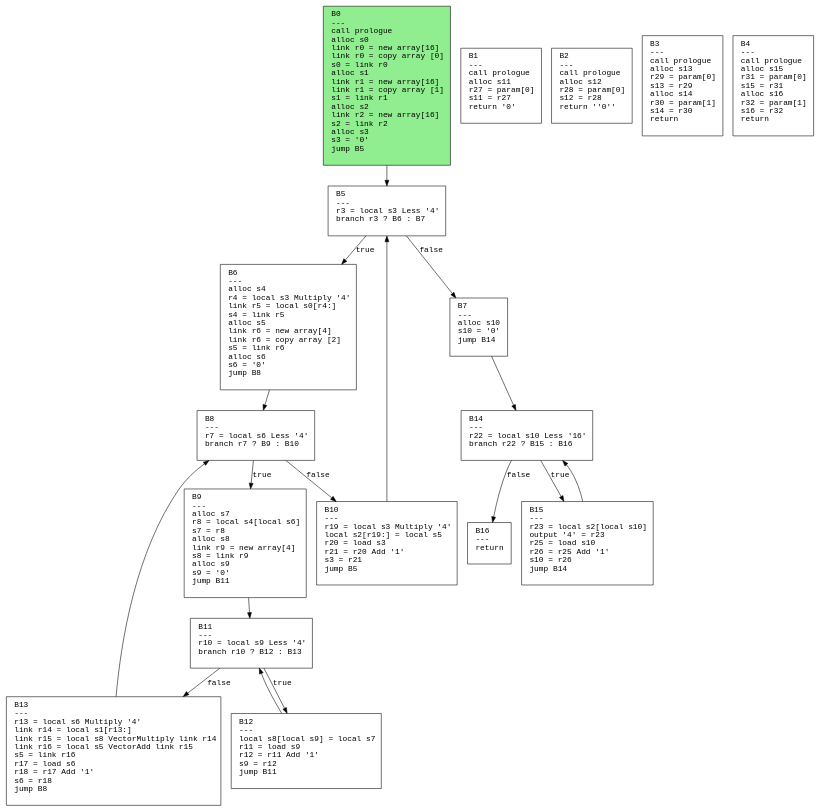
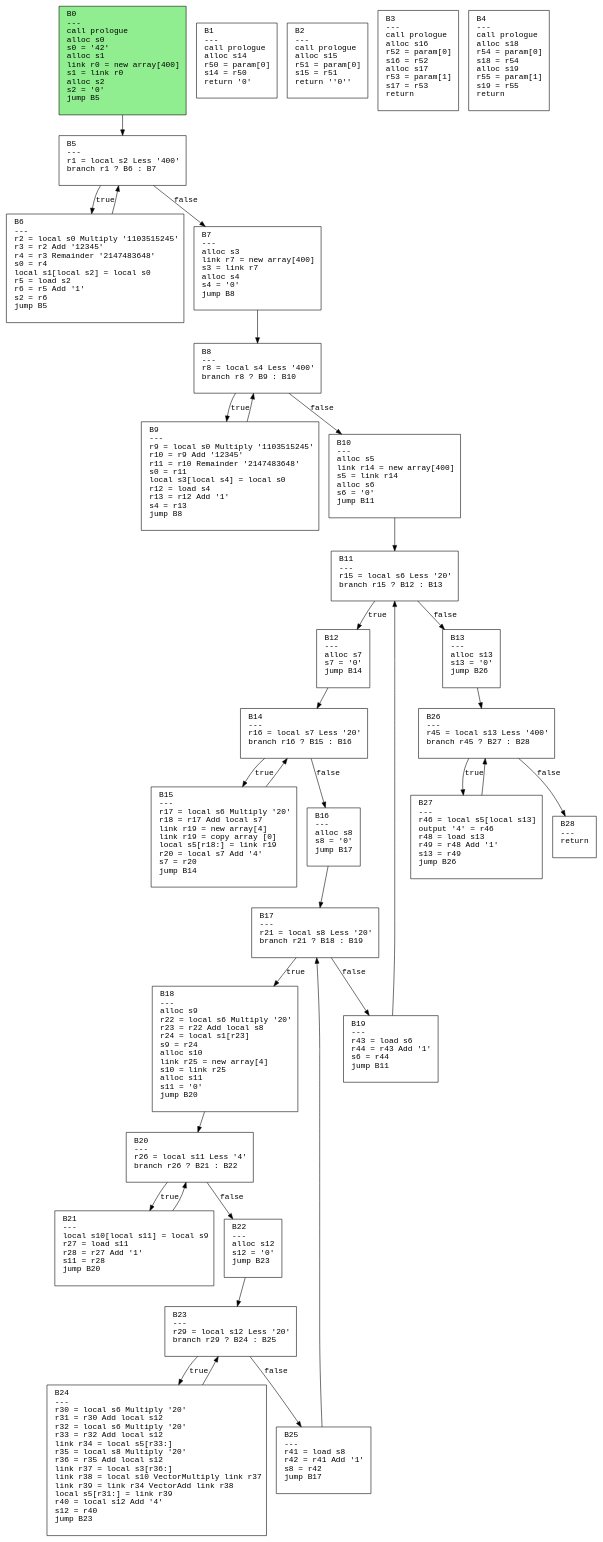
One commit to safarislava/ProcTranslator changed the diagram in output/matrix_simd.dot. Above: the diagram before and after it, drawn with Graphviz. The commit also changed 52 other files, not shown here.

```diff
--- a/output/matrix_simd.dot
+++ b/output/matrix_simd.dot
@@ -1,40 +1,68 @@
 digraph CFG {
   rankdir=TB;
   node [shape=box, fontname="Courier", style=filled, fillcolor=white, margin="0.2,0.1"];
   edge [fontname="Courier"];
 
-  "B0" [label="B0\l---\lcall prologue\lalloc s0\llink r0 = new array[16]\llink r0 = copy array [0]\ls0 = link r0\lalloc s1\llink r1 = new array[16]\llink r1 = copy array [1]\ls1 = link r1\lalloc s2\llink r2 = new array[16]\ls2 = link r2\lalloc s3\ls3 = '0'\ljump B5\l "];
-  "B1" [label="B1\l---\lcall prologue\lalloc s11\lr27 = param[0]\ls11 = r27\lreturn '0'\l "];
-  "B2" [label="B2\l---\lcall prologue\lalloc s12\lr28 = param[0]\ls12 = r28\lreturn ''0''\l "];
-  "B3" [label="B3\l---\lcall prologue\lalloc s13\lr29 = param[0]\ls13 = r29\lalloc s14\lr30 = param[1]\ls14 = r30\lreturn\l "];
-  "B4" [label="B4\l---\lcall prologue\lalloc s15\lr31 = param[0]\ls15 = r31\lalloc s16\lr32 = param[1]\ls16 = r32\lreturn\l "];
-  "B5" [label="B5\l---\lr3 = local s3 Less '4'\lbranch r3 ? B6 : B7\l "];
-  "B6" [label="B6\l---\lalloc s4\lr4 = local s3 Multiply '4'\llink r5 = local s0[r4:]\ls4 = link r5\lalloc s5\llink r6 = new array[4]\llink r6 = copy array [2]\ls5 = link r6\lalloc s6\ls6 = '0'\ljump B8\l "];
-  "B7" [label="B7\l---\lalloc s10\ls10 = '0'\ljump B14\l "];
-  "B8" [label="B8\l---\lr7 = local s6 Less '4'\lbranch r7 ? B9 : B10\l "];
-  "B9" [label="B9\l---\lalloc s7\lr8 = local s4[local s6]\ls7 = r8\lalloc s8\llink r9 = new array[4]\ls8 = link r9\lalloc s9\ls9 = '0'\ljump B11\l "];
-  "B10" [label="B10\l---\lr19 = local s3 Multiply '4'\llocal s2[r19:] = local s5\lr20 = load s3\lr21 = r20 Add '1'\ls3 = r21\ljump B5\l "];
-  "B11" [label="B11\l---\lr10 = local s9 Less '4'\lbranch r10 ? B12 : B13\l "];
-  "B12" [label="B12\l---\llocal s8[local s9] = local s7\lr11 = load s9\lr12 = r11 Add '1'\ls9 = r12\ljump B11\l "];
-  "B13" [label="B13\l---\lr13 = local s6 Multiply '4'\llink r14 = local s1[r13:]\llink r15 = local s8 VectorMultiply link r14\llink r16 = local s5 VectorAdd link r15\ls5 = link r16\lr17 = load s6\lr18 = r17 Add '1'\ls6 = r18\ljump B8\l "];
-  "B14" [label="B14\l---\lr22 = local s10 Less '16'\lbranch r22 ? B15 : B16\l "];
-  "B15" [label="B15\l---\lr23 = local s2[local s10]\loutput '4' = r23\lr25 = load s10\lr26 = r25 Add '1'\ls10 = r26\ljump B14\l "];
-  "B16" [label="B16\l---\lreturn\l "];
+  "B0" [label="B0\l---\lcall prologue\lalloc s0\ls0 = '42'\lalloc s1\llink r0 = new array[400]\ls1 = link r0\lalloc s2\ls2 = '0'\ljump B5\l "];
+  "B1" [label="B1\l---\lcall prologue\lalloc s14\lr50 = param[0]\ls14 = r50\lreturn '0'\l "];
+  "B2" [label="B2\l---\lcall prologue\lalloc s15\lr51 = param[0]\ls15 = r51\lreturn ''0''\l "];
+  "B3" [label="B3\l---\lcall prologue\lalloc s16\lr52 = param[0]\ls16 = r52\lalloc s17\lr53 = param[1]\ls17 = r53\lreturn\l "];
+  "B4" [label="B4\l---\lcall prologue\lalloc s18\lr54 = param[0]\ls18 = r54\lalloc s19\lr55 = param[1]\ls19 = r55\lreturn\l "];
+  "B5" [label="B5\l---\lr1 = local s2 Less '400'\lbranch r1 ? B6 : B7\l "];
+  "B6" [label="B6\l---\lr2 = local s0 Multiply '1103515245'\lr3 = r2 Add '12345'\lr4 = r3 Remainder '2147483648'\ls0 = r4\llocal s1[local s2] = local s0\lr5 = load s2\lr6 = r5 Add '1'\ls2 = r6\ljump B5\l "];
+  "B7" [label="B7\l---\lalloc s3\llink r7 = new array[400]\ls3 = link r7\lalloc s4\ls4 = '0'\ljump B8\l "];
+  "B8" [label="B8\l---\lr8 = local s4 Less '400'\lbranch r8 ? B9 : B10\l "];
+  "B9" [label="B9\l---\lr9 = local s0 Multiply '1103515245'\lr10 = r9 Add '12345'\lr11 = r10 Remainder '2147483648'\ls0 = r11\llocal s3[local s4] = local s0\lr12 = load s4\lr13 = r12 Add '1'\ls4 = r13\ljump B8\l "];
+  "B10" [label="B10\l---\lalloc s5\llink r14 = new array[400]\ls5 = link r14\lalloc s6\ls6 = '0'\ljump B11\l "];
+  "B11" [label="B11\l---\lr15 = local s6 Less '20'\lbranch r15 ? B12 : B13\l "];
+  "B12" [label="B12\l---\lalloc s7\ls7 = '0'\ljump B14\l "];
+  "B13" [label="B13\l---\lalloc s13\ls13 = '0'\ljump B26\l "];
+  "B14" [label="B14\l---\lr16 = local s7 Less '20'\lbranch r16 ? B15 : B16\l "];
+  "B15" [label="B15\l---\lr17 = local s6 Multiply '20'\lr18 = r17 Add local s7\llink r19 = new array[4]\llink r19 = copy array [0]\llocal s5[r18:] = link r19\lr20 = local s7 Add '4'\ls7 = r20\ljump B14\l "];
+  "B16" [label="B16\l---\lalloc s8\ls8 = '0'\ljump B17\l "];
+  "B17" [label="B17\l---\lr21 = local s8 Less '20'\lbranch r21 ? B18 : B19\l "];
+  "B18" [label="B18\l---\lalloc s9\lr22 = local s6 Multiply '20'\lr23 = r22 Add local s8\lr24 = local s1[r23]\ls9 = r24\lalloc s10\llink r25 = new array[4]\ls10 = link r25\lalloc s11\ls11 = '0'\ljump B20\l "];
+  "B19" [label="B19\l---\lr43 = load s6\lr44 = r43 Add '1'\ls6 = r44\ljump B11\l "];
+  "B20" [label="B20\l---\lr26 = local s11 Less '4'\lbranch r26 ? B21 : B22\l "];
+  "B21" [label="B21\l---\llocal s10[local s11] = local s9\lr27 = load s11\lr28 = r27 Add '1'\ls11 = r28\ljump B20\l "];
+  "B22" [label="B22\l---\lalloc s12\ls12 = '0'\ljump B23\l "];
+  "B23" [label="B23\l---\lr29 = local s12 Less '20'\lbranch r29 ? B24 : B25\l "];
+  "B24" [label="B24\l---\lr30 = local s6 Multiply '20'\lr31 = r30 Add local s12\lr32 = local s6 Multiply '20'\lr33 = r32 Add local s12\llink r34 = local s5[r33:]\lr35 = local s8 Multiply '20'\lr36 = r35 Add local s12\llink r37 = local s3[r36:]\llink r38 = local s10 VectorMultiply link r37\llink r39 = link r34 VectorAdd link r38\llocal s5[r31:] = link r39\lr40 = local s12 Add '4'\ls12 = r40\ljump B23\l "];
+  "B25" [label="B25\l---\lr41 = load s8\lr42 = r41 Add '1'\ls8 = r42\ljump B17\l "];
+  "B26" [label="B26\l---\lr45 = local s13 Less '400'\lbranch r45 ? B27 : B28\l "];
+  "B27" [label="B27\l---\lr46 = local s5[local s13]\loutput '4' = r46\lr48 = load s13\lr49 = r48 Add '1'\ls13 = r49\ljump B26\l "];
+  "B28" [label="B28\l---\lreturn\l "];
   "B0" -> "B5";
   "B5" -> "B6" [label="true"];
   "B5" -> "B7" [label="false"];
-  "B6" -> "B8";
-  "B7" -> "B14";
+  "B6" -> "B5";
+  "B7" -> "B8";
   "B8" -> "B9" [label="true"];
   "B8" -> "B10" [label="false"];
-  "B9" -> "B11";
-  "B10" -> "B5";
+  "B9" -> "B8";
+  "B10" -> "B11";
   "B11" -> "B12" [label="true"];
   "B11" -> "B13" [label="false"];
-  "B12" -> "B11";
-  "B13" -> "B8";
+  "B12" -> "B14";
+  "B13" -> "B26";
   "B14" -> "B15" [label="true"];
   "B14" -> "B16" [label="false"];
   "B15" -> "B14";
+  "B16" -> "B17";
+  "B17" -> "B18" [label="true"];
+  "B17" -> "B19" [label="false"];
+  "B18" -> "B20";
+  "B19" -> "B11";
+  "B20" -> "B21" [label="true"];
+  "B20" -> "B22" [label="false"];
+  "B21" -> "B20";
+  "B22" -> "B23";
+  "B23" -> "B24" [label="true"];
+  "B23" -> "B25" [label="false"];
+  "B24" -> "B23";
+  "B25" -> "B17";
+  "B26" -> "B27" [label="true"];
+  "B26" -> "B28" [label="false"];
+  "B27" -> "B26";
   "B0" [fillcolor=lightgreen];
 }
```
